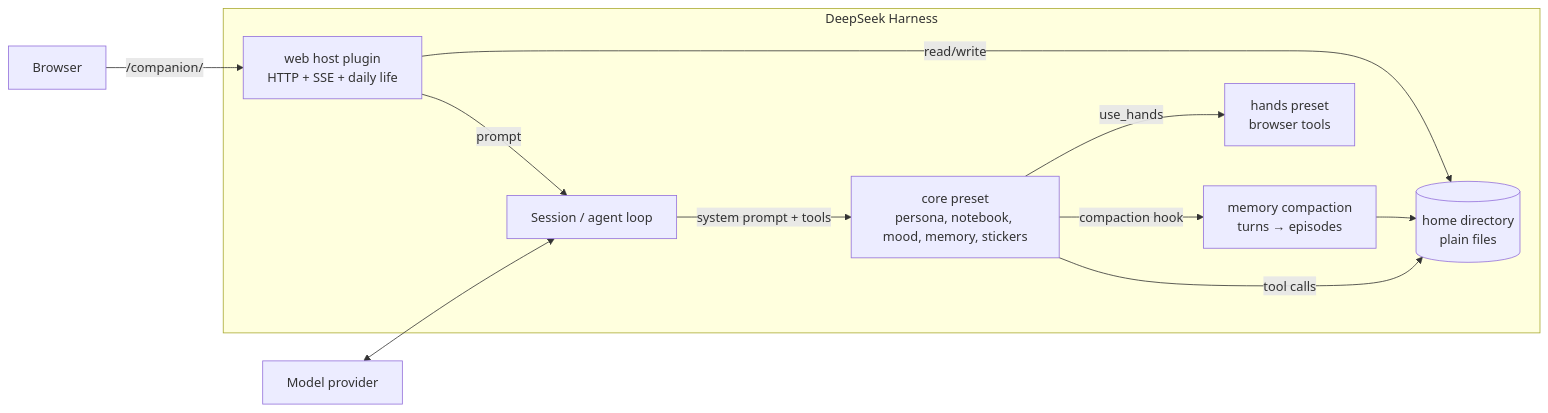
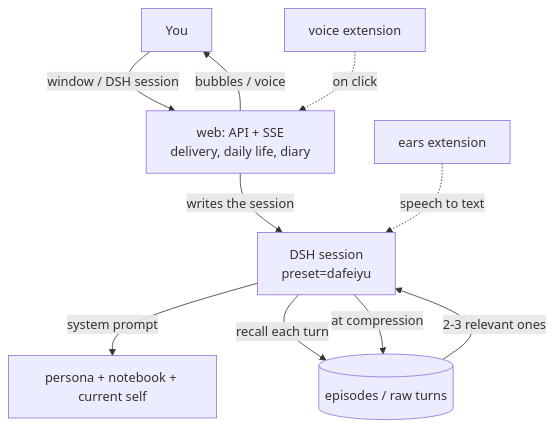
One commit to YYYu00u/dsh-companion changed the diagram in README.md. Above: the diagram before and after it, drawn with Mermaid. The commit also changed other lines of this file and 1 other file, not shown here.

````diff
--- a/README.md
+++ b/README.md
@@ -153,14 +68,12 @@
 ```mermaid
-flowchart LR
-  subgraph DSH[DeepSeek Harness]
-    S[Session / agent loop] -->|system prompt + tools| C
-    C[core preset<br/>persona, notebook, mood, memory, stickers] -->|tool calls| F[(home directory<br/>plain files)]
-    W[web host plugin<br/>HTTP + SSE + daily life] -->|prompt| S
-    W -->|read/write| F
-    C -->|compaction hook| M[memory compaction<br/>turns → episodes]
-    M --> F
-    C -->|use_hands| H[hands preset<br/>browser tools]
-  end
-  U[Browser] -->|/companion/| W
-  P[Model provider] <--> S
+flowchart TB
+  U[You] -->|window / DSH session| W[web: API + SSE<br/>delivery, daily life, diary]
+  W -->|writes the session| S[DSH session<br/>preset=dafeiyu]
+  S -->|system prompt| P[persona + notebook + current self]
+  S -->|recall each turn| M[(episodes / raw turns)]
+  S -->|at compression| M
+  M -->|2-3 relevant ones| S
+  W -->|bubbles / voice| U
+  V[voice extension] -.->|on click| W
+  E[ears extension] -.->|speech to text| S
 ```
````
